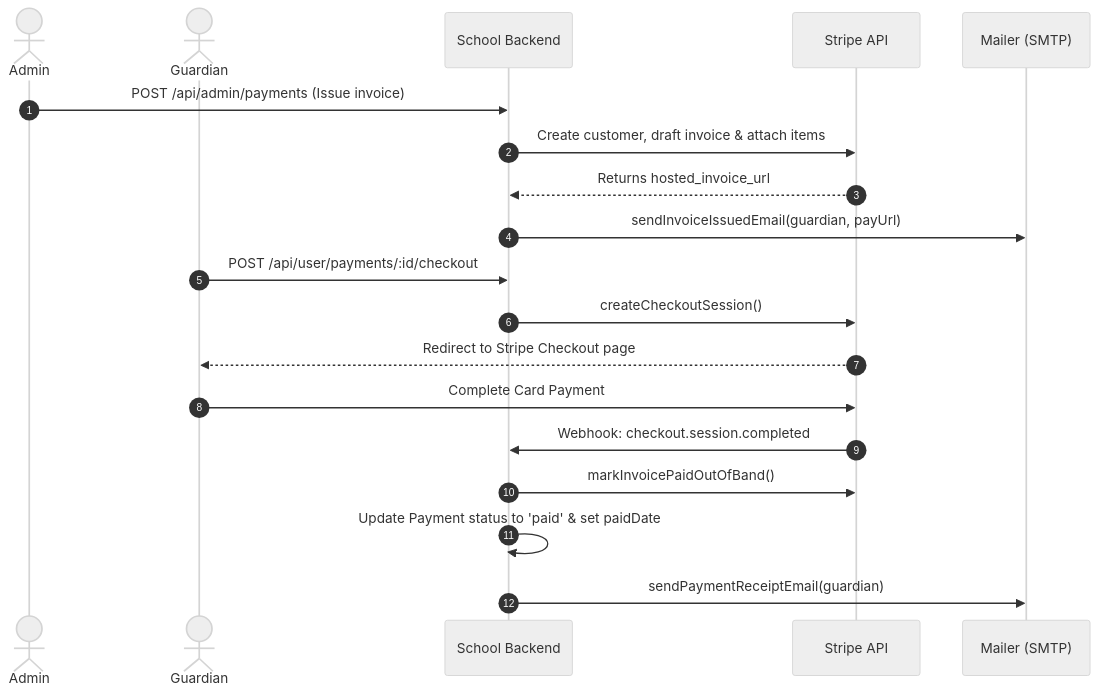
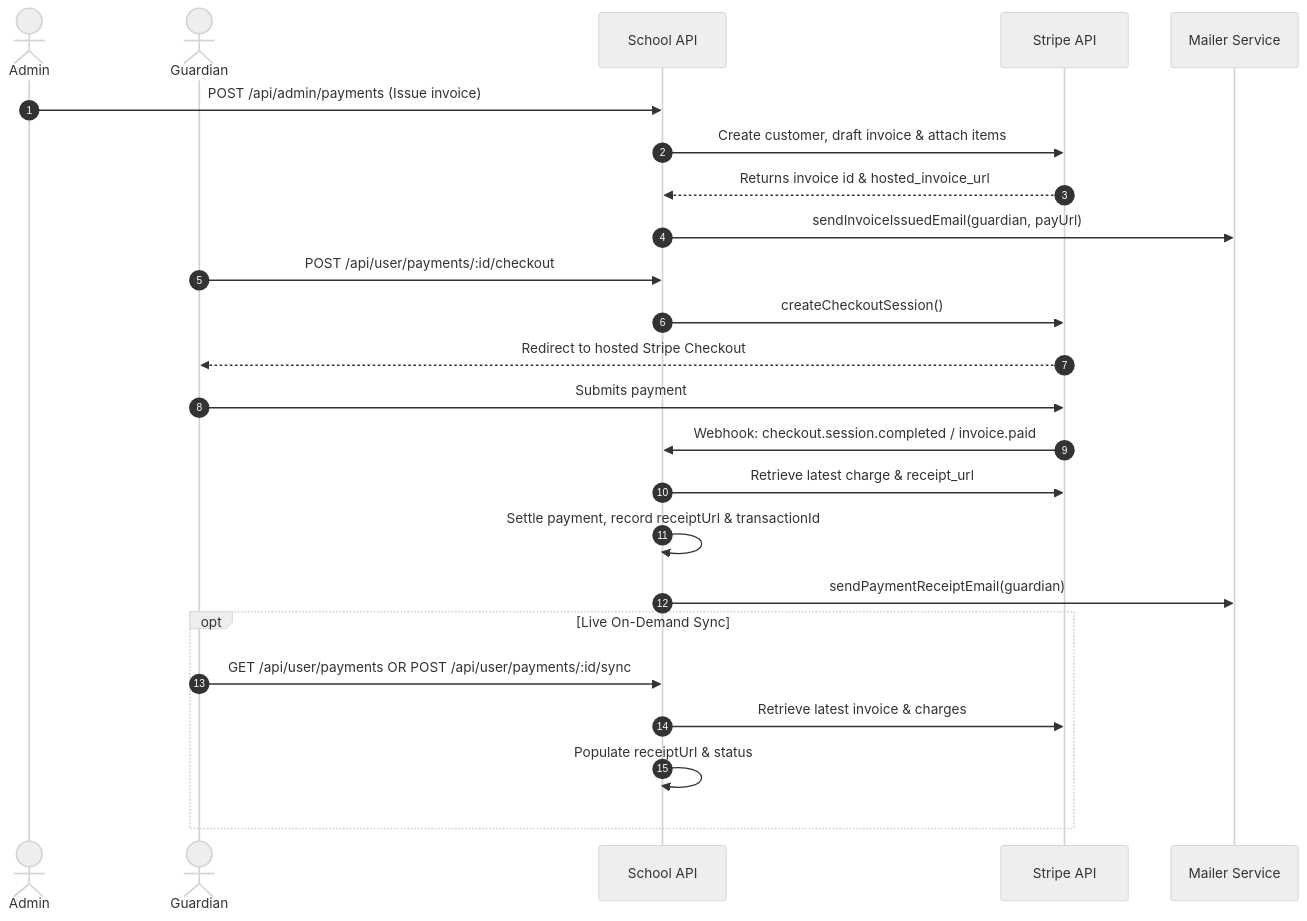
Before and after one commit to FarhadNuri/School-Management-Server: the third of 3 diagrams in README.md, drawn with Mermaid (neutral theme). The commit also changed other lines of this file, not shown here.

Commit message:
docs: update README with routine schedules, homework submissions, and Stripe receipts

````diff
--- a/README.md
+++ b/README.md
@@ -300,24 +435,30 @@
 ```mermaid
 sequenceDiagram
     autonumber
     actor Admin
     actor Guardian
-    participant API as School Backend
+    participant API as School API
     participant Stripe as Stripe API
-    participant Mail as Mailer (SMTP)
+    participant Mail as Mailer Service
 
     Admin->>API: POST /api/admin/payments (Issue invoice)
     API->>Stripe: Create customer, draft invoice & attach items
-    Stripe-->>API: Returns hosted_invoice_url
+    Stripe-->>API: Returns invoice id & hosted_invoice_url
     API->>Mail: sendInvoiceIssuedEmail(guardian, payUrl)
     
     Guardian->>API: POST /api/user/payments/:id/checkout
     API->>Stripe: createCheckoutSession()
-    Stripe-->>Guardian: Redirect to Stripe Checkout page
+    Stripe-->>Guardian: Redirect to hosted Stripe Checkout
     
-    Guardian->>Stripe: Complete Card Payment
-    Stripe->>API: Webhook: checkout.session.completed
-    API->>Stripe: markInvoicePaidOutOfBand()
-    API->>API: Update Payment status to 'paid' & set paidDate
+    Guardian->>Stripe: Submits payment
+    Stripe->>API: Webhook: checkout.session.completed / invoice.paid
+    API->>Stripe: Retrieve latest charge & receipt_url
+    API->>API: Settle payment, record receiptUrl & transactionId
     API->>Mail: sendPaymentReceiptEmail(guardian)
+    
+    opt Live On-Demand Sync
+        Guardian->>API: GET /api/user/payments OR POST /api/user/payments/:id/sync
+        API->>Stripe: Retrieve latest invoice & charges
+        API->>API: Populate receiptUrl & status
+    end
 ```
````
